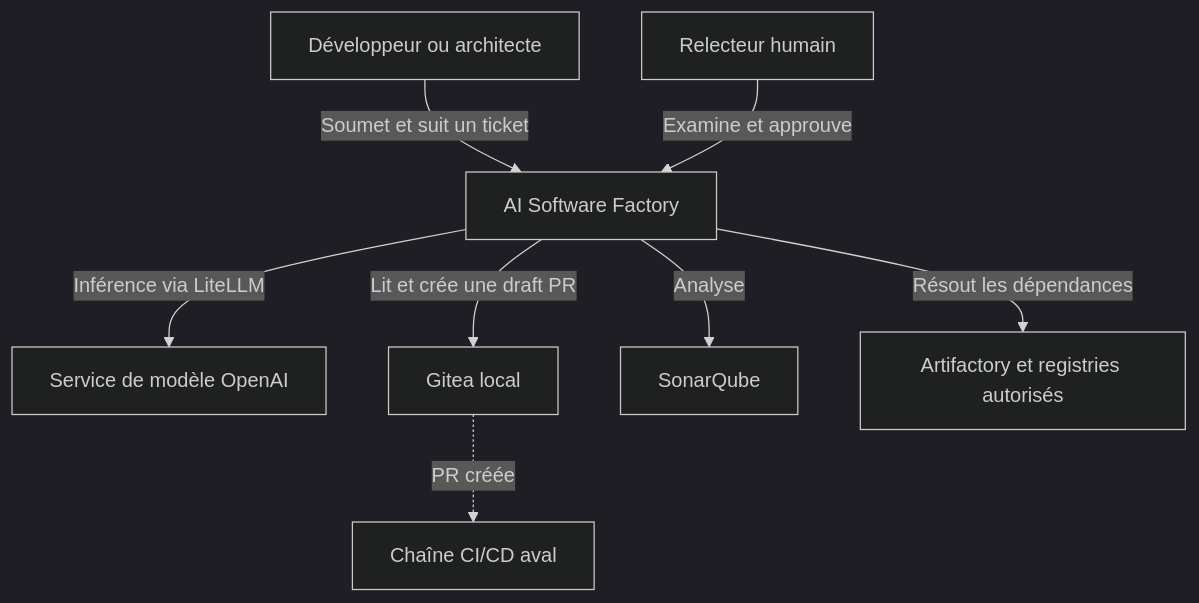
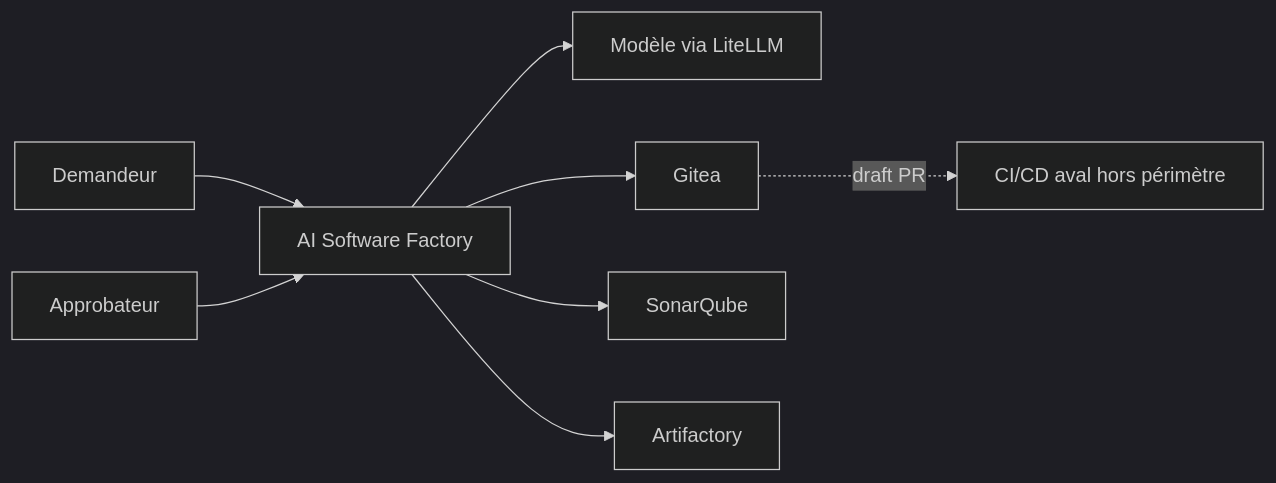
One commit to dbeaumont/ai-software-factory-local changed the first of 6 diagrams in docs/overview/architecture-overview.md. Above: the diagram before and after it, drawn with Mermaid (dark theme). The commit also changed other lines of this file and 28 other files, not shown here.

````diff
--- a/docs/overview/architecture-overview.md
+++ b/docs/overview/architecture-overview.md
@@ -147,19 +22,10 @@
 ```mermaid
-flowchart TB
-  USER[Développeur ou architecte]
-  REVIEWER[Relecteur humain]
-  FACTORY[AI Software Factory]
-  MODEL[Service de modèle OpenAI]
-  SCM[Gitea local]
-  QUALITY[SonarQube]
-  ARTIFACTS[Artifactory et registries autorisés]
-  DOWNSTREAM[Chaîne CI/CD aval]
-
-  USER -->|Soumet et suit un ticket| FACTORY
-  REVIEWER -->|Examine et approuve| FACTORY
-  FACTORY -->|Inférence via LiteLLM| MODEL
-  FACTORY -->|Lit et crée une draft PR| SCM
-  FACTORY -->|Analyse| QUALITY
-  FACTORY -->|Résout les dépendances| ARTIFACTS
-  SCM -. PR créée .-> DOWNSTREAM
+flowchart LR
+  REQ[Demandeur] --> FACTORY[AI Software Factory]
+  APPROVER[Approbateur] --> FACTORY
+  FACTORY --> MODEL[Modèle via LiteLLM]
+  FACTORY --> SCM[Gitea]
+  FACTORY --> QUALITY[SonarQube]
+  FACTORY --> ART[Artifactory]
+  SCM -. draft PR .-> CI[CI/CD aval hors périmètre]
 ```
````
